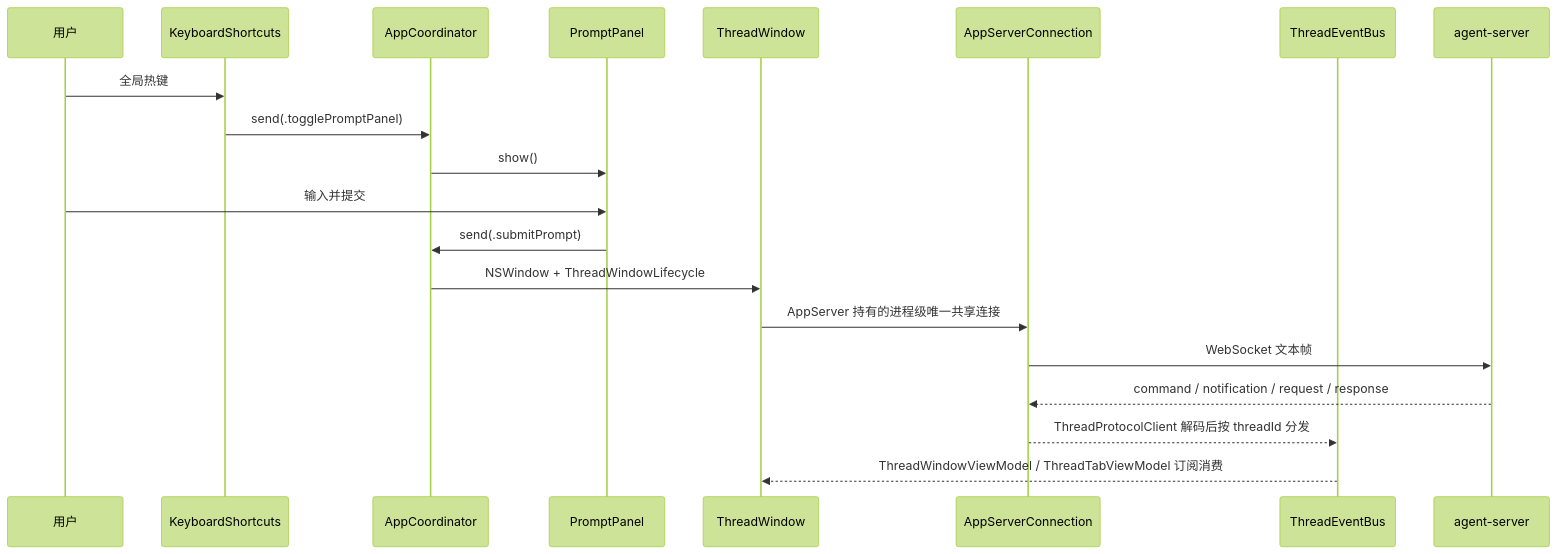
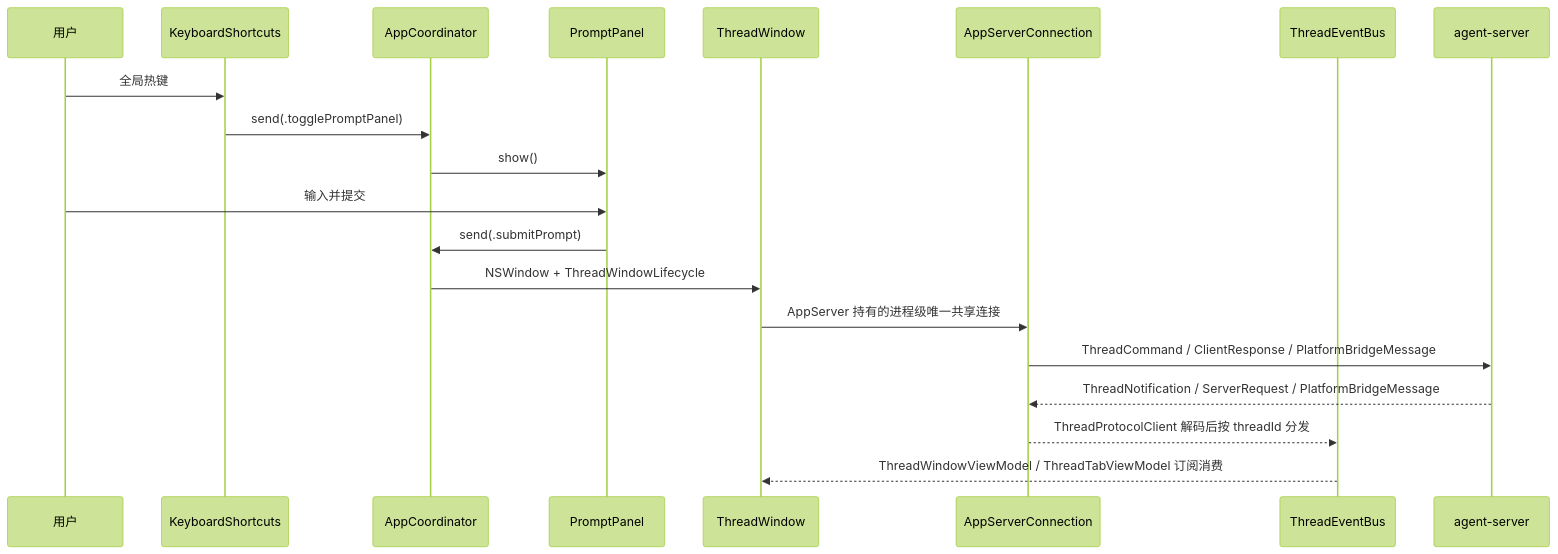
Before and after one commit to Lixuhang987/SpotAgent: the second of 2 diagrams in apps/desktop/desktop.md, drawn with Mermaid (forest theme). The commit also changed other lines of this file and 22 other files, not shown here.

````diff
--- a/apps/desktop/desktop.md
+++ b/apps/desktop/desktop.md
@@ -100,23 +100,23 @@
 ```mermaid
 sequenceDiagram
   participant User as 用户
   participant Hotkey as KeyboardShortcuts
   participant Coord as AppCoordinator
   participant Panel as PromptPanel
   participant Window as ThreadWindow
   participant Conn as AppServerConnection
   participant Bus as ThreadEventBus
   participant Server as agent-server
 
   User->>Hotkey: 全局热键
   Hotkey->>Coord: send(.togglePromptPanel)
   Coord->>Panel: show()
   User->>Panel: 输入并提交
   Panel->>Coord: send(.submitPrompt)
   Coord->>Window: NSWindow + ThreadWindowLifecycle
   Window->>Conn: AppServer 持有的进程级唯一共享连接
-  Conn->>Server: WebSocket 文本帧
-  Server-->>Conn: command / notification / request / response
+  Conn->>Server: ThreadCommand / ClientResponse / PlatformBridgeMessage
+  Server-->>Conn: ThreadNotification / ServerRequest / PlatformBridgeMessage
   Conn-->>Bus: ThreadProtocolClient 解码后按 threadId 分发
   Bus-->>Window: ThreadWindowViewModel / ThreadTabViewModel 订阅消费
 ```
````
